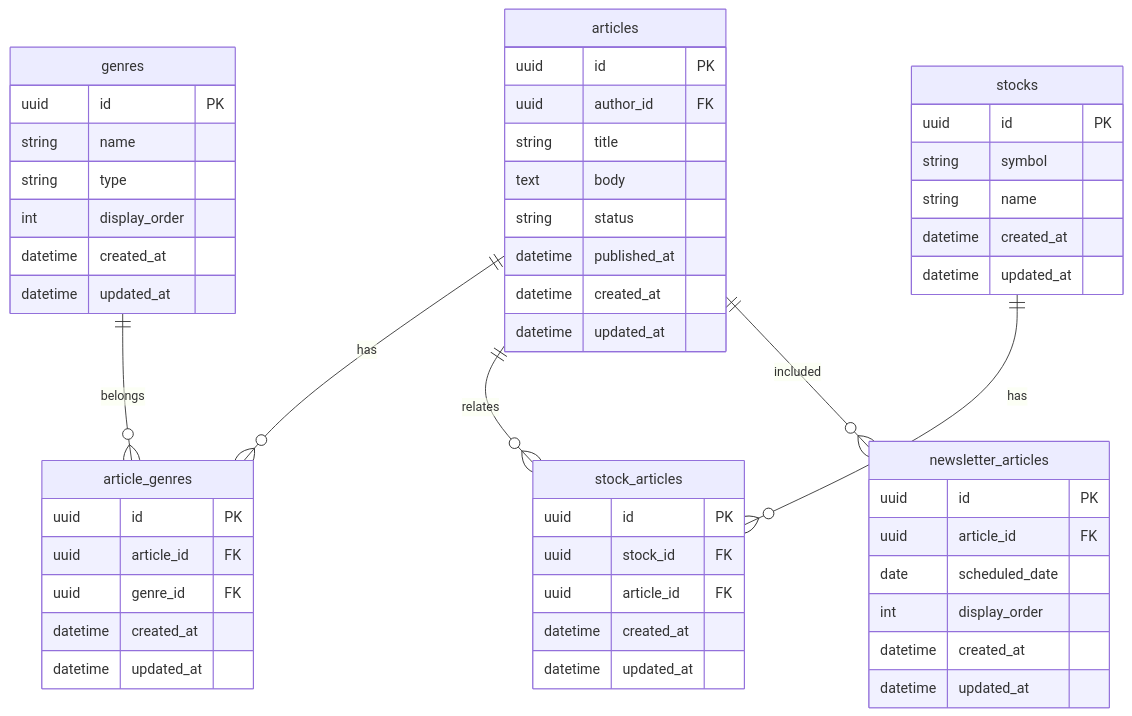
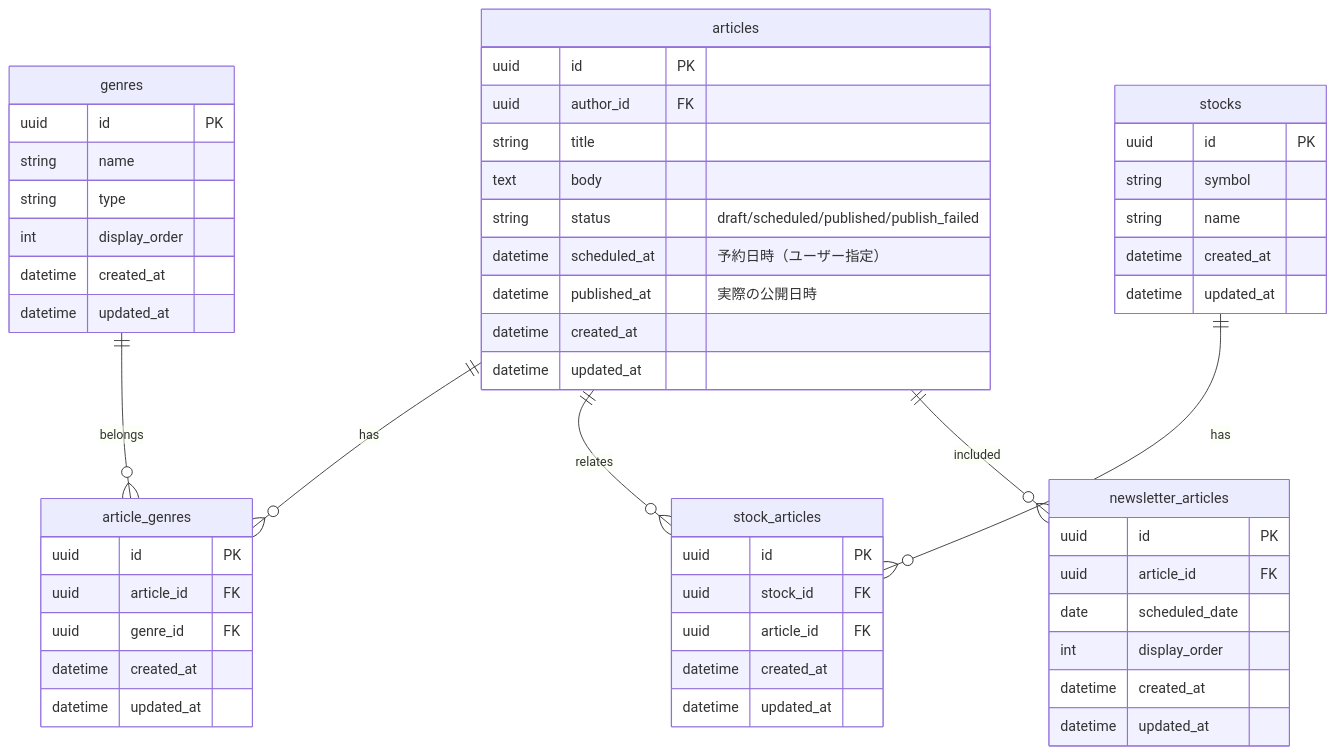
One commit to RRRRRRR-777/SikouLab changed the first of 3 diagrams in docs/functions/article/create-edit.md. Above: the diagram before and after it, drawn with Mermaid. The commit also changed other lines of this file and 1 other file, not shown here.

````diff
--- a/docs/functions/article/create-edit.md
+++ b/docs/functions/article/create-edit.md
@@ -83,61 +83,62 @@
 ```mermaid
 erDiagram
     articles ||--o{ article_genres : "has"
     genres ||--o{ article_genres : "belongs"
     articles ||--o{ stock_articles : "relates"
     stocks ||--o{ stock_articles : "has"
     articles ||--o{ newsletter_articles : "included"
 
     articles {
         uuid id PK
         uuid author_id FK
         string title
         text body
-        string status
-        datetime published_at
+        string status "draft/scheduled/published/publish_failed"
+        datetime scheduled_at "予約日時（ユーザー指定）"
+        datetime published_at "実際の公開日時"
         datetime created_at
         datetime updated_at
     }
 
     article_genres {
         uuid id PK
         uuid article_id FK
         uuid genre_id FK
         datetime created_at
         datetime updated_at
     }
 
     genres {
         uuid id PK
         string name
         string type
         int display_order
         datetime created_at
         datetime updated_at
     }
 
     stock_articles {
         uuid id PK
         uuid stock_id FK
         uuid article_id FK
         datetime created_at
         datetime updated_at
     }
 
     stocks {
         uuid id PK
         string symbol
         string name
         datetime created_at
         datetime updated_at
     }
 
     newsletter_articles {
         uuid id PK
         uuid article_id FK
         date scheduled_date
         int display_order
         datetime created_at
         datetime updated_at
     }
 ```
````
